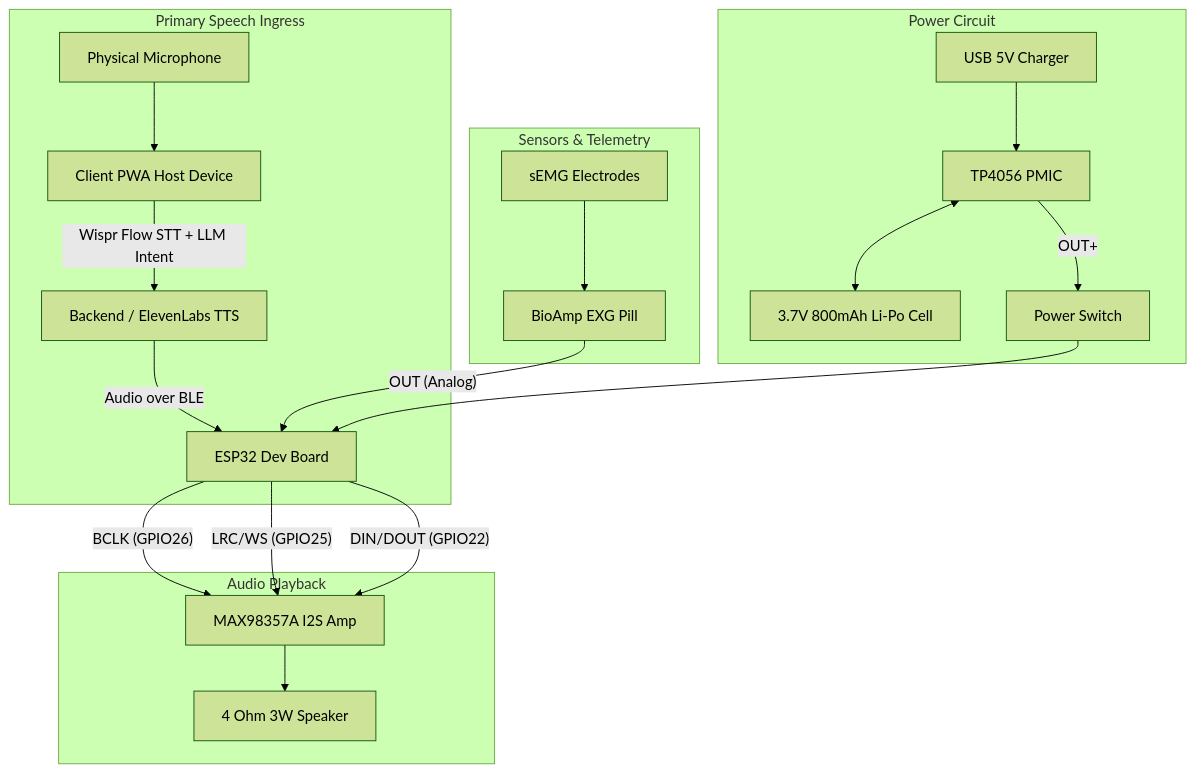
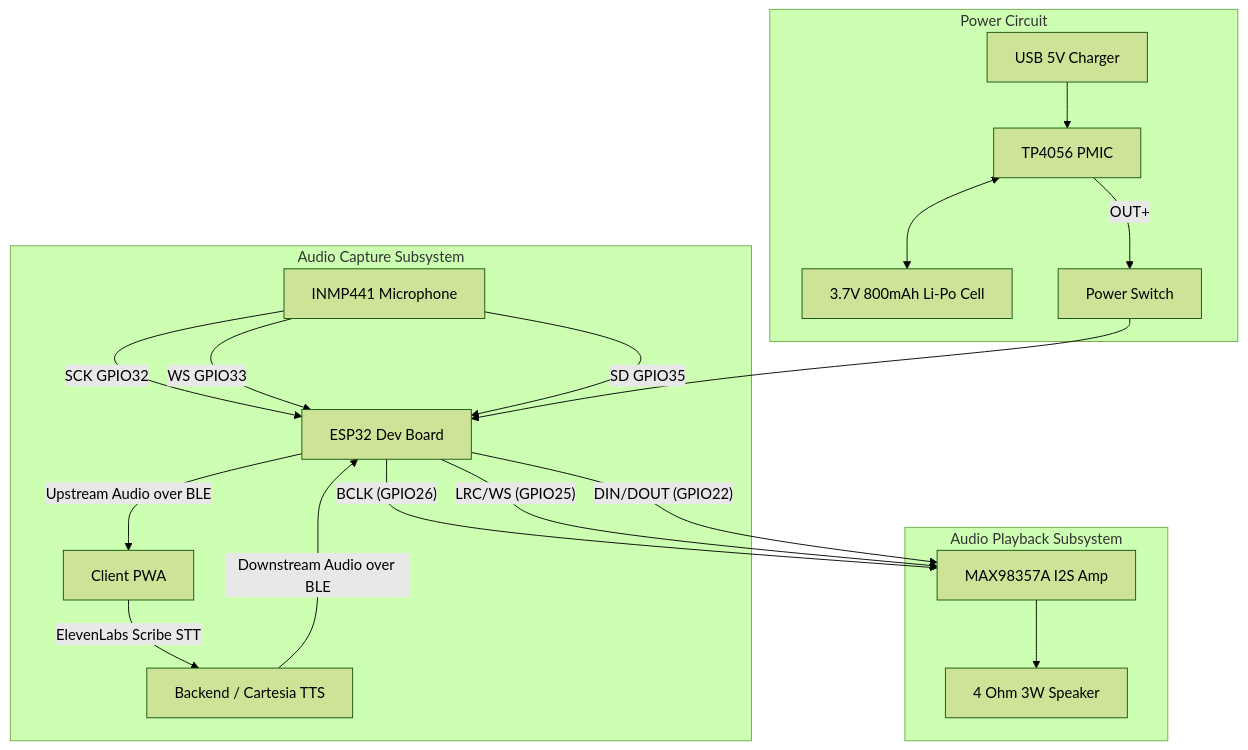
Before and after one commit to srividya1004/voiceback: the diagram in docs/HARDWARE.md, drawn with Mermaid (forest theme). The commit also changed other lines of this file and 12 other files, not shown here.

````diff
--- a/docs/HARDWARE.md
+++ b/docs/HARDWARE.md
@@ -48,26 +47,24 @@
 ```mermaid
 graph TD
-    subgraph Primary Speech Ingress
-        MIC[Physical Microphone] --> HOST[Client PWA Host Device]
-        HOST -- Wispr Flow STT + LLM Intent --> CLOUD[Backend / ElevenLabs TTS]
-        CLOUD -- Audio over BLE --> MCU[ESP32 Dev Board]
+    subgraph Audio Capture Subsystem
+        MIC[INMP441 Microphone] -- SCK GPIO32 --> ESP32[ESP32 Dev Board]
+        MIC -- WS GPIO33 --> ESP32
+        MIC -- SD GPIO35 --> ESP32
+        ESP32 -- Upstream Audio over BLE --> HOST[Client PWA]
+        HOST -- ElevenLabs Scribe STT --> CLOUD[Backend / Cartesia TTS]
     end
 
-    subgraph Sensors & Telemetry
-        E1[sEMG Electrodes] --> E2[BioAmp EXG Pill]
-        E2 -- OUT (Analog) --> MCU
-    end
-
-    subgraph Audio Playback
-        MCU -- BCLK (GPIO26) --> AMP[MAX98357A I2S Amp]
-        MCU -- LRC/WS (GPIO25) --> AMP
-        MCU -- DIN/DOUT (GPIO22) --> AMP
+    subgraph Audio Playback Subsystem
+        CLOUD -- Downstream Audio over BLE --> ESP32
+        ESP32 -- BCLK (GPIO26) --> AMP[MAX98357A I2S Amp]
+        ESP32 -- LRC/WS (GPIO25) --> AMP
+        ESP32 -- DIN/DOUT (GPIO22) --> AMP
         AMP --> SPK[4 Ohm 3W Speaker]
     end
 
     subgraph Power Circuit
         USB[USB 5V Charger] --> CHG[TP4056 PMIC]
         CHG <--> BAT[3.7V 800mAh Li-Po Cell]
-        CHG -- OUT+ --> SW[Power Switch] --> MCU
+        CHG -- OUT+ --> SW[Power Switch] --> ESP32
     end
 ```
````
